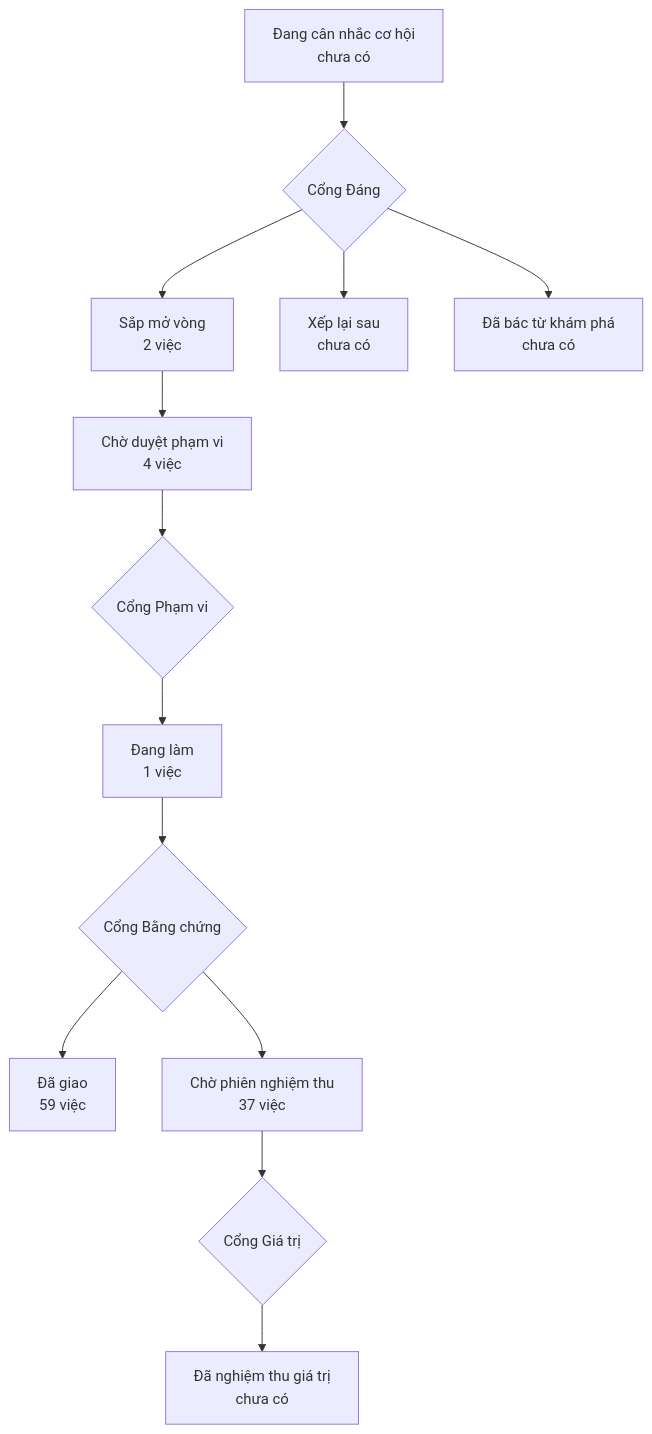
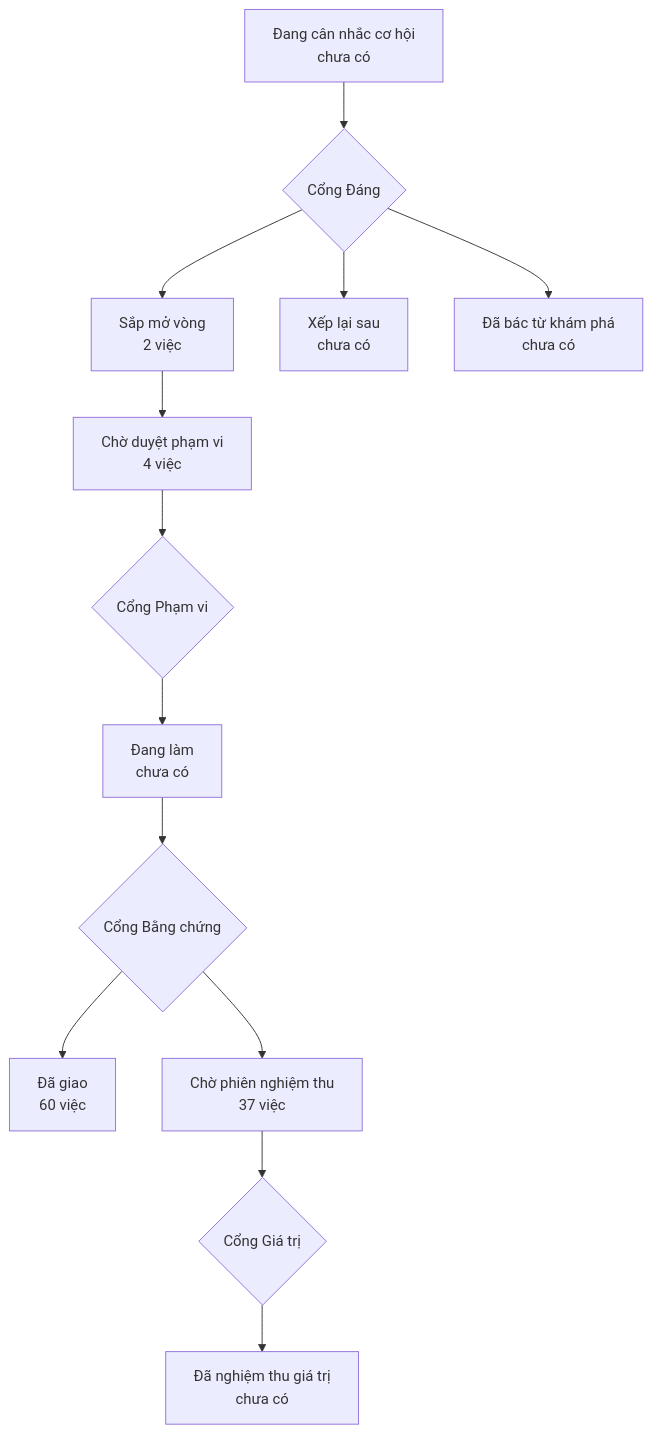
One commit to phanlemanh/onehub-invest changed the diagram in PRODUCT-MAP.md. Above: the diagram before and after it, drawn with Mermaid. The commit also changed other lines of this file and 4 other files, not shown here.

````diff
--- a/PRODUCT-MAP.md
+++ b/PRODUCT-MAP.md
@@ -7,12 +7,12 @@
 ```mermaid
 flowchart TD
   A["Đang cân nhắc cơ hội<br/>chưa có"] --> GD{"Cổng Đáng"}
   GD --> B["Sắp mở vòng<br/>2 việc"]
   GD --> XL["Xếp lại sau<br/>chưa có"]
   GD --> DB["Đã bác từ khám phá<br/>chưa có"]
   B --> CD["Chờ duyệt phạm vi<br/>4 việc"] --> GP{"Cổng Phạm vi"}
-  GP --> DL["Đang làm<br/>1 việc"] --> GB{"Cổng Bằng chứng"}
-  GB --> DG["Đã giao<br/>59 việc"]
+  GP --> DL["Đang làm<br/>chưa có"] --> GB{"Cổng Bằng chứng"}
+  GB --> DG["Đã giao<br/>60 việc"]
   GB --> CN["Chờ phiên nghiệm thu<br/>37 việc"] --> GG{"Cổng Giá trị"}
   GG --> NT["Đã nghiệm thu giá trị<br/>chưa có"]
 ```
````
